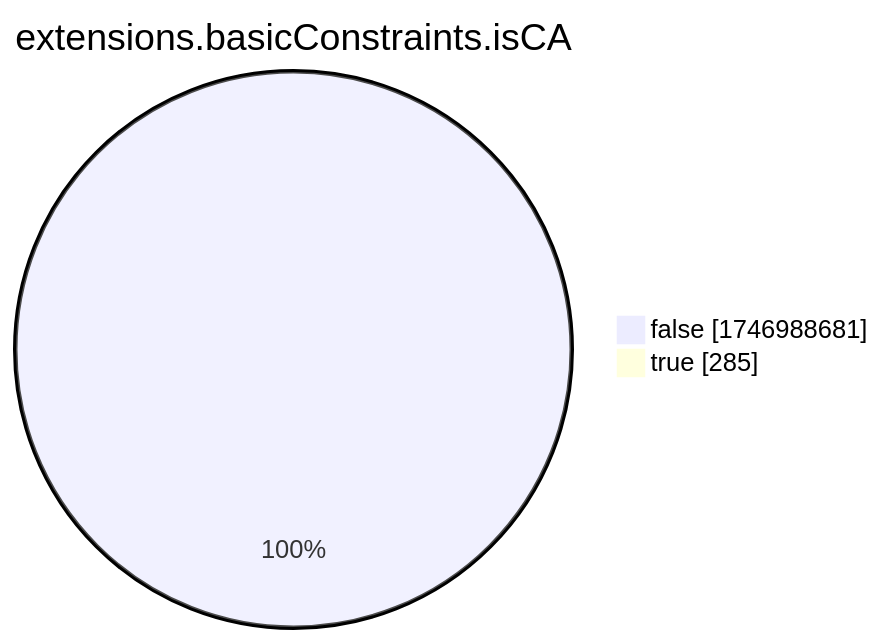
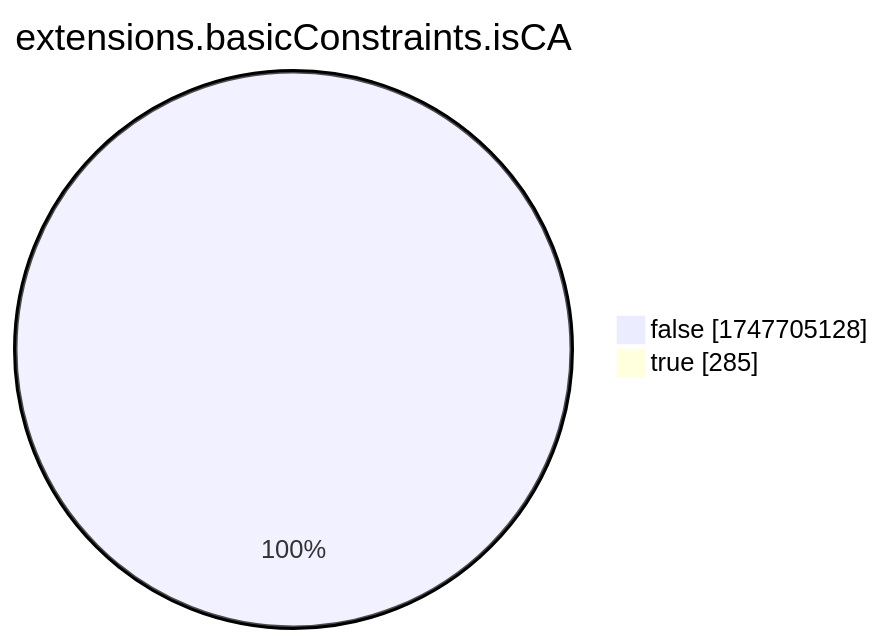
Before and after one commit to christiankrug/ctmonitor_visualization: the eighth of 15 diagrams in xenon2022/README.md, drawn with Mermaid. The commit also changed other lines of this file, not shown here.

````diff
--- a/xenon2022/README.md
+++ b/xenon2022/README.md
@@ -2867,6 +2867,6 @@
 ```mermaid
 pie showData
 title extensions.basicConstraints.isCA
-"false" :1746988681
+"false" :1747705128
 "true" :285
 ```
````
